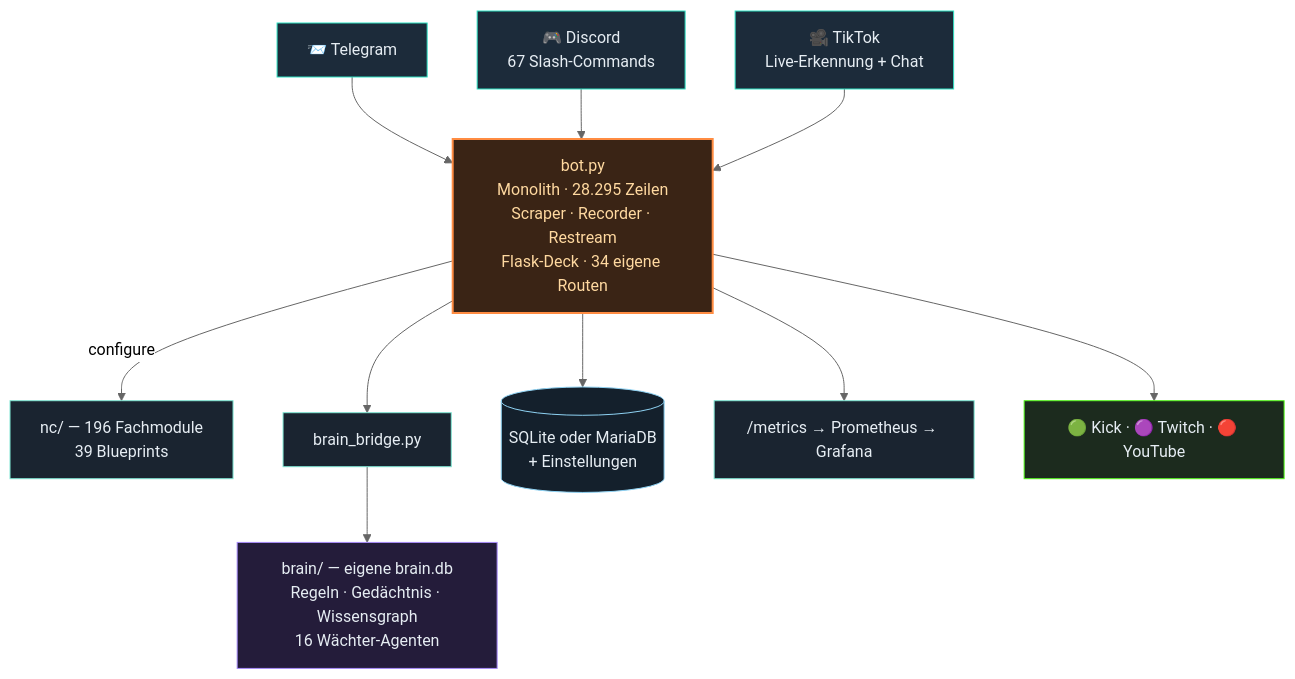
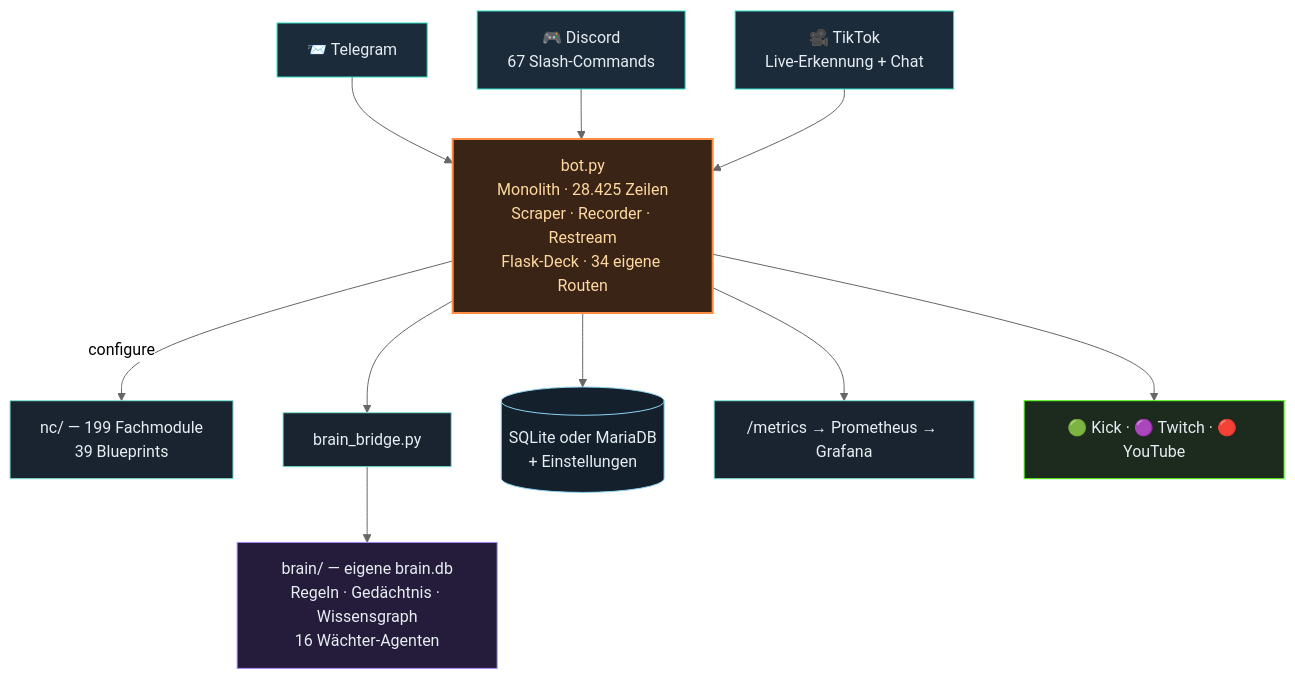
Before and after one commit to itsamemedev/Telegram-Stream-Info-Bot: the second of 3 diagrams in README.md, drawn with Mermaid (neutral theme). The commit also changed other lines of this file and 21 other files, not shown here.

````diff
--- a/README.md
+++ b/README.md
@@ -118,19 +118,19 @@
 ```mermaid
 flowchart TB
     TG["📨 Telegram"]:::ein --> BOT
     DC["🎮 Discord<br/>67 Slash-Commands"]:::ein --> BOT
     TT["🎥 TikTok<br/>Live-Erkennung + Chat"]:::ein --> BOT
-    BOT["bot.py<br/>Monolith · 28.295 Zeilen<br/>Scraper · Recorder · Restream<br/>Flask-Deck · 34 eigene Routen"]:::core
-    BOT -->|configure| NC["nc/ — 196 Fachmodule<br/>39 Blueprints"]:::lib
+    BOT["bot.py<br/>Monolith · 28.425 Zeilen<br/>Scraper · Recorder · Restream<br/>Flask-Deck · 34 eigene Routen"]:::core
+    BOT -->|configure| NC["nc/ — 199 Fachmodule<br/>39 Blueprints"]:::lib
     BOT --> BR["brain_bridge.py"]:::lib
     BR --> BRAIN["brain/ — eigene brain.db<br/>Regeln · Gedächtnis · Wissensgraph<br/>16 Wächter-Agenten"]:::brain
     BOT --> DB[("SQLite oder MariaDB<br/>+ Einstellungen")]:::db
     BOT --> PROM["/metrics → Prometheus → Grafana"]:::lib
     BOT --> OUT["🟢 Kick · 🟣 Twitch · 🔴 YouTube"]:::out
     classDef ein fill:#1c2b3a,stroke:#2de1c2,color:#e6edf3
     classDef core fill:#3a2415,stroke:#ff8c42,stroke-width:2px,color:#ffd9a0
     classDef lib fill:#1a2430,stroke:#7fe7d4,color:#e6edf3
     classDef brain fill:#241c3a,stroke:#a78bfa,color:#e6edf3
     classDef db fill:#14202c,stroke:#8fd3f4,color:#e6edf3
     classDef out fill:#1c2b1e,stroke:#53fc18,color:#e6edf3
 ```
````
